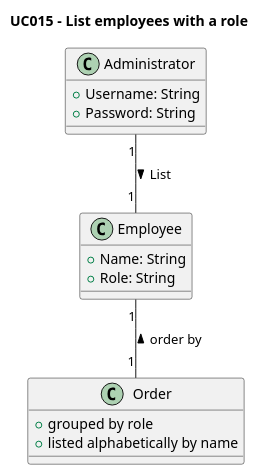
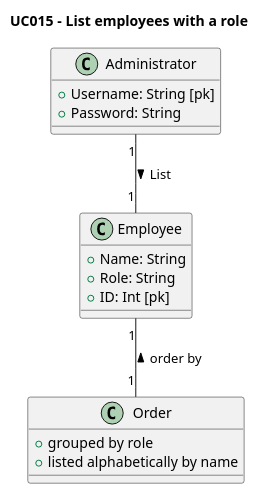
The diagram in sns-base/doc/global/use-cases/UC015/ucd-UCD015-DM.puml (rafaafig/SnsTrab), drawn with PlantUML before and after one commit. The commit also changed 10 other files, not shown here.

Commit message:
modelo logico nos diagramas dos casos

```diff
--- a/sns-base/doc/global/use-cases/UC015/ucd-UCD015-DM.puml
+++ b/sns-base/doc/global/use-cases/UC015/ucd-UCD015-DM.puml
@@ -1,27 +1,28 @@
 @startuml
 'skinparam monochrome true
 'skinparam shadowing false
 
 title UC015 - List employees with a role
 
 class Administrator {
-    +Username: String
+    +Username: String [pk]
     +Password: String
 }
 
 class Employee {
     +Name: String
     +Role: String
+    +ID: Int [pk]
 }
 
 class Order {
     +  grouped by role
     +  listed alphabetically by name
 }
 ' Relationships
 Administrator "1" -- "  1" Employee : List >
 Employee "1" -- "  1" Order : order by <
 
 
 
 @enduml
```
